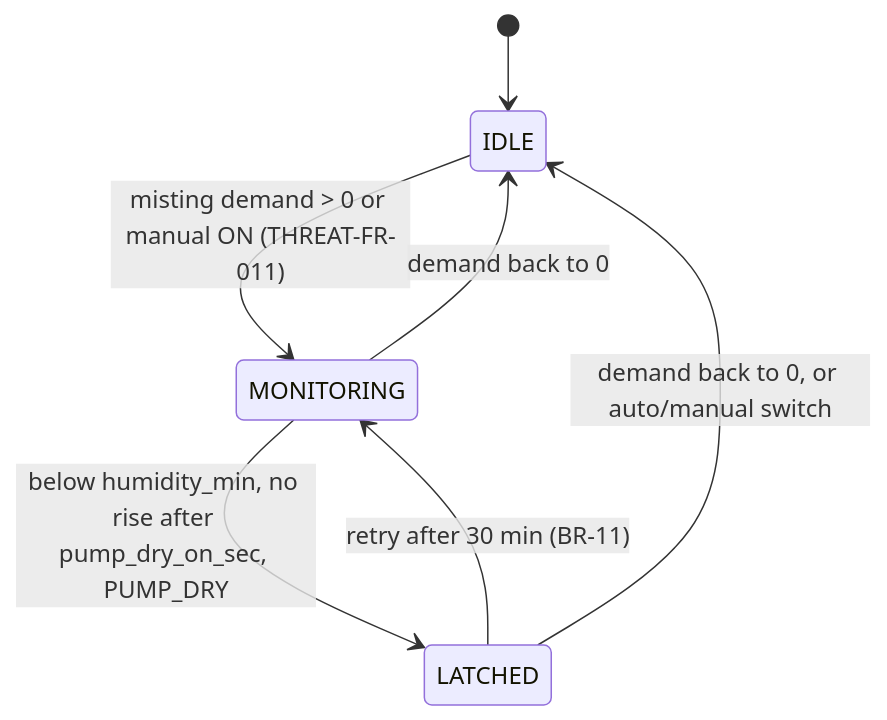
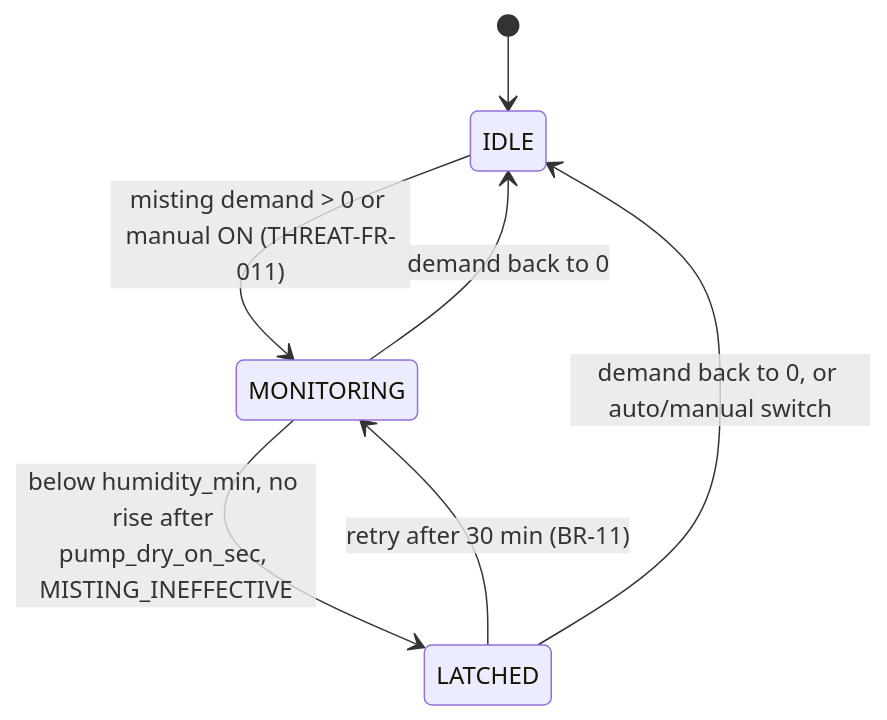
The ninth of 35 diagrams in docs/reports/report4-sdd.md (NBao261/SwiftletCare_KLTN), drawn with Mermaid before and after one commit. The commit also changed other lines of this file and 21 other files, not shown here.

````diff
--- a/docs/reports/report4-sdd.md
+++ b/docs/reports/report4-sdd.md
@@ -731,9 +847,9 @@
 ```mermaid
 stateDiagram-v2
   [*] --> IDLE
   IDLE --> MONITORING : misting demand > 0 or manual ON (THREAT-FR-011)
   MONITORING --> IDLE : demand back to 0
-  MONITORING --> LATCHED : below humidity_min, no rise after pump_dry_on_sec, PUMP_DRY
+  MONITORING --> LATCHED : below humidity_min, no rise after pump_dry_on_sec, MISTING_INEFFECTIVE
   LATCHED --> IDLE : demand back to 0, or auto/manual switch
   LATCHED --> MONITORING : retry after 30 min (BR-11)
 ```
````
